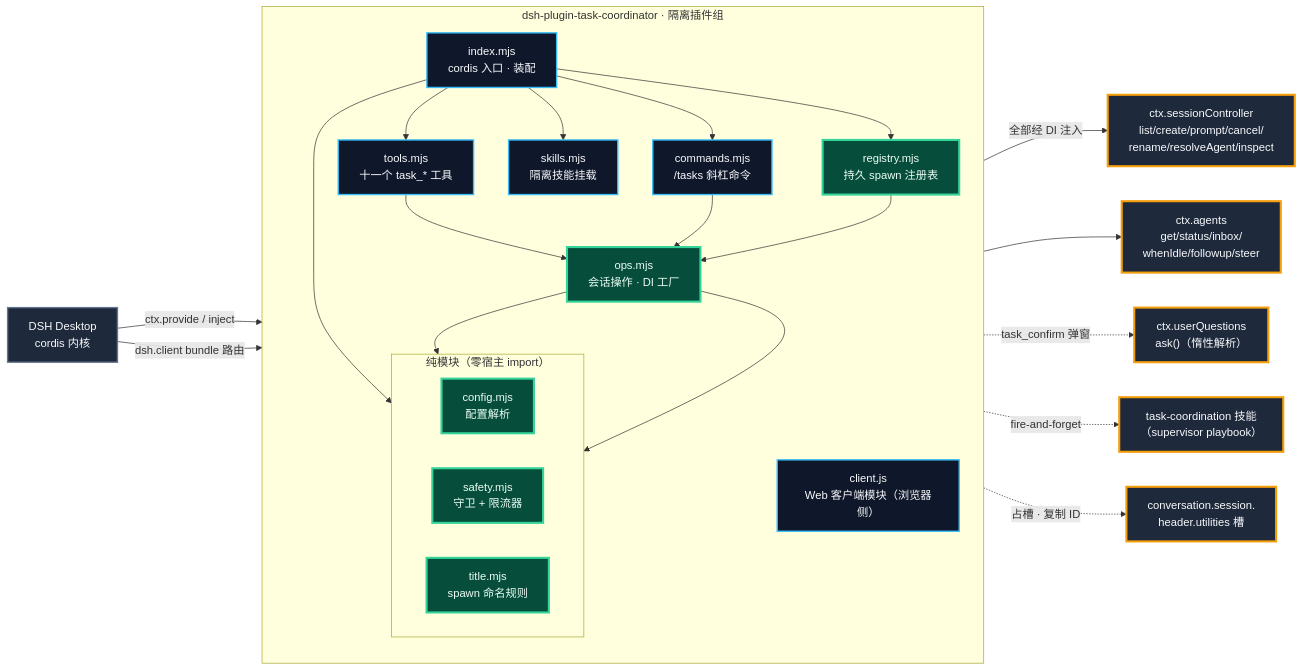
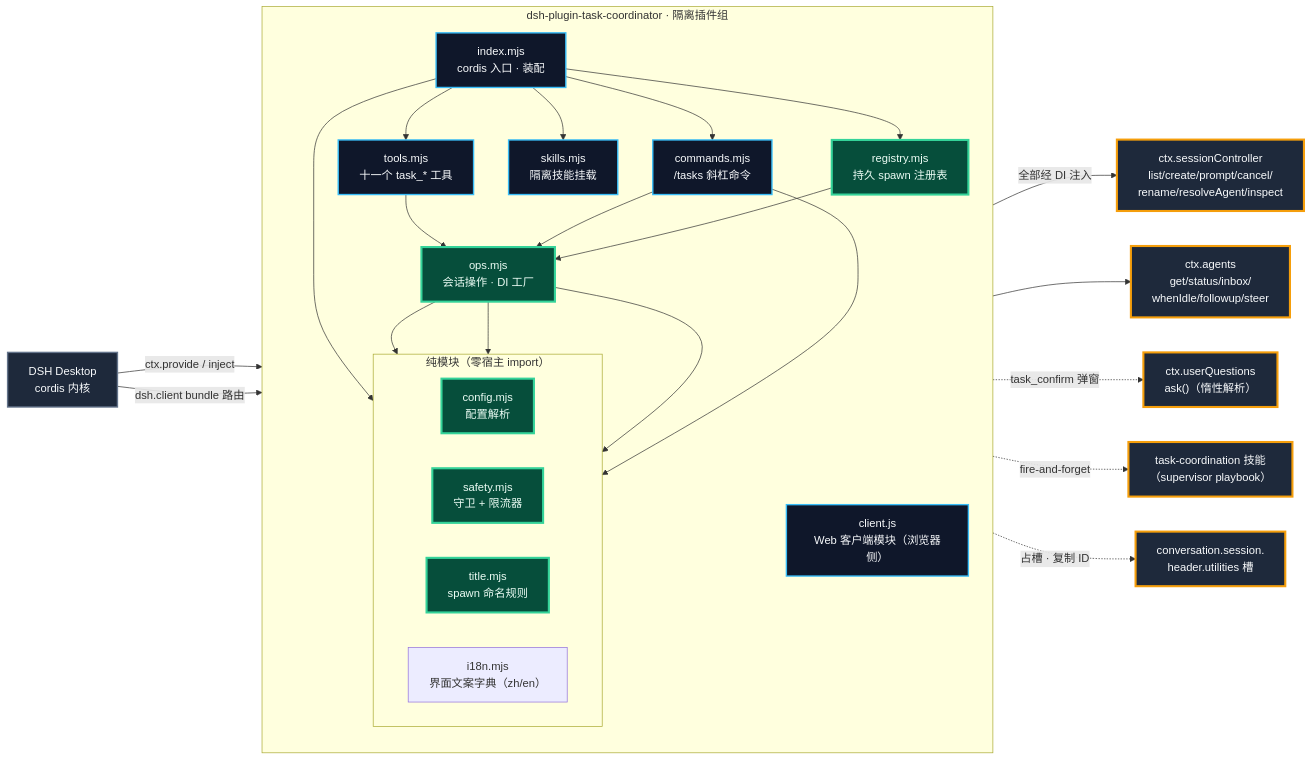
Before and after one commit to Kayungko/dsh-plugin-task-coordinator: the diagram in docs/ARCHITECTURE.md, drawn with Mermaid. The commit also changed other lines of this file and 14 other files, not shown here.

````diff
--- a/docs/ARCHITECTURE.md
+++ b/docs/ARCHITECTURE.md
@@ -15,54 +15,57 @@
 ```mermaid
 flowchart LR
     host["DSH Desktop<br/>cordis 内核"]
 
     subgraph plugin["dsh-plugin-task-coordinator · 隔离插件组"]
         direction TB
         index["index.mjs<br/>cordis 入口 · 装配"]
         tools["tools.mjs<br/>十一个 task_* 工具"]
         commands["commands.mjs<br/>/tasks 斜杠命令"]
         ops["ops.mjs<br/>会话操作 · DI 工厂"]
         skills["skills.mjs<br/>隔离技能挂载"]
         registry["registry.mjs<br/>持久 spawn 注册表"]
         client["client.js<br/>Web 客户端模块（浏览器侧）"]
 
         subgraph pure["纯模块（零宿主 import）"]
             direction LR
             config["config.mjs<br/>配置解析"]
             safety["safety.mjs<br/>守卫 + 限流器"]
             title["title.mjs<br/>spawn 命名规则"]
+            i18n["i18n.mjs<br/>界面文案字典（zh/en）"]
         end
 
         index --> tools --> ops
         index --> commands --> ops
         index --> skills
         index --> config
         index --> registry --> ops
         ops --> safety
         ops --> title
+        ops --> i18n
+        commands --> i18n
     end
 
     sc["ctx.sessionController<br/>list/create/prompt/cancel/<br/>rename/resolveAgent/inspect"]
     agents["ctx.agents<br/>get/status/inbox/<br/>whenIdle/followup/steer"]
     uq["ctx.userQuestions<br/>ask()（惰性解析）"]
     skill["task-coordination 技能<br/>（supervisor playbook）"]
     slot["conversation.session.<br/>header.utilities 槽"]
 
     host -->|"ctx.provide / inject"| index
     host -->|"dsh.client bundle 路由"| client
     ops -->|"全部经 DI 注入"| sc
     ops --> agents
     ops -.->|"task_confirm 弹窗"| uq
     skills -.->|"fire-and-forget"| skill
     client -.->|"占槽 · 复制 ID"| slot
 
     classDef host fill:#1E293B,stroke:#64748B,color:#F8FAFC,stroke-width:2px;
     classDef wiring fill:#0F172A,stroke:#38BDF8,color:#F8FAFC,stroke-width:2px;
     classDef core fill:#064E3B,stroke:#34D399,color:#ECFDF5,stroke-width:3px;
     classDef target fill:#1E293B,stroke:#F59E0B,color:#F8FAFC,stroke-width:3px;
 
     class host host;
     class index,tools,commands,skills,client wiring;
     class ops,config,safety,title,registry core;
     class sc,agents,uq,skill,slot target;
 ```
````
